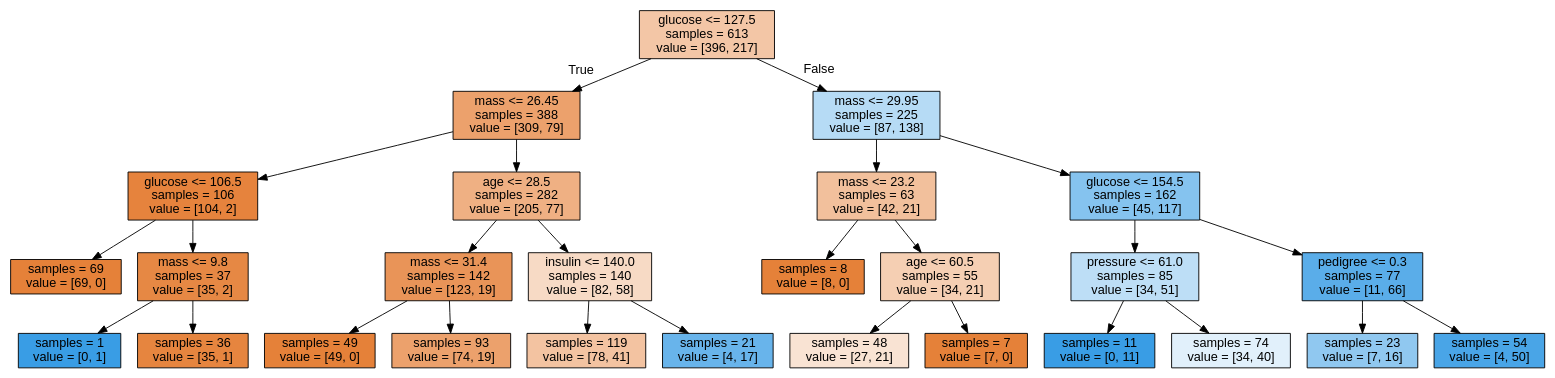
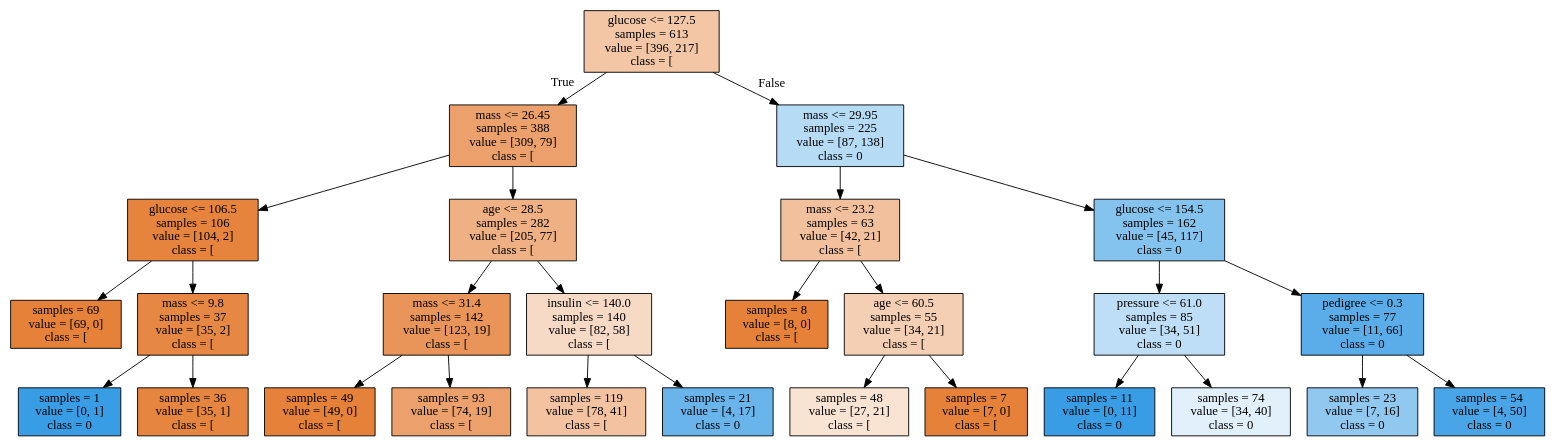
The diagram in Clasificacion Diabetes/tree_refit.dot (hghernandez/MachineLearning), drawn with Graphviz before and after one commit. The commit also changed 2 other files, not shown here.

```diff
--- a/Clasificacion Diabetes/tree_refit.dot
+++ b/Clasificacion Diabetes/tree_refit.dot
@@ -1,57 +1,56 @@
 digraph Tree {
-node [shape=box, style="filled", color="black", fontname="helvetica"] ;
-edge [fontname="helvetica"] ;
-0 [label="glucose <= 127.5\nsamples = 613\nvalue = [396, 217]", fillcolor="#f3c6a6"] ;
-1 [label="mass <= 26.45\nsamples = 388\nvalue = [309, 79]", fillcolor="#eca16c"] ;
+node [shape=box, style="filled", color="black"] ;
+0 [label="glucose <= 127.5\nsamples = 613\nvalue = [396, 217]\nclass = [", fillcolor="#f3c6a6"] ;
+1 [label="mass <= 26.45\nsamples = 388\nvalue = [309, 79]\nclass = [", fillcolor="#eca16c"] ;
 0 -> 1 [labeldistance=2.5, labelangle=45, headlabel="True"] ;
-2 [label="glucose <= 106.5\nsamples = 106\nvalue = [104, 2]", fillcolor="#e6833d"] ;
+2 [label="glucose <= 106.5\nsamples = 106\nvalue = [104, 2]\nclass = [", fillcolor="#e6833d"] ;
 1 -> 2 ;
-3 [label="samples = 69\nvalue = [69, 0]", fillcolor="#e58139"] ;
+3 [label="samples = 69\nvalue = [69, 0]\nclass = [", fillcolor="#e58139"] ;
 2 -> 3 ;
-4 [label="mass <= 9.8\nsamples = 37\nvalue = [35, 2]", fillcolor="#e68844"] ;
+4 [label="mass <= 9.8\nsamples = 37\nvalue = [35, 2]\nclass = [", fillcolor="#e68844"] ;
 2 -> 4 ;
-5 [label="samples = 1\nvalue = [0, 1]", fillcolor="#399de5"] ;
+5 [label="samples = 1\nvalue = [0, 1]\nclass = 0", fillcolor="#399de5"] ;
 4 -> 5 ;
-6 [label="samples = 36\nvalue = [35, 1]", fillcolor="#e6853f"] ;
+6 [label="samples = 36\nvalue = [35, 1]\nclass = [", fillcolor="#e6853f"] ;
 4 -> 6 ;
-7 [label="age <= 28.5\nsamples = 282\nvalue = [205, 77]", fillcolor="#efb083"] ;
+7 [label="age <= 28.5\nsamples = 282\nvalue = [205, 77]\nclass = [", fillcolor="#efb083"] ;
 1 -> 7 ;
-8 [label="mass <= 31.4\nsamples = 142\nvalue = [123, 19]", fillcolor="#e99458"] ;
+8 [label="mass <= 31.4\nsamples = 142\nvalue = [123, 19]\nclass = [", fillcolor="#e99458"] ;
 7 -> 8 ;
-9 [label="samples = 49\nvalue = [49, 0]", fillcolor="#e58139"] ;
+9 [label="samples = 49\nvalue = [49, 0]\nclass = [", fillcolor="#e58139"] ;
 8 -> 9 ;
-10 [label="samples = 93\nvalue = [74, 19]", fillcolor="#eca16c"] ;
+10 [label="samples = 93\nvalue = [74, 19]\nclass = [", fillcolor="#eca16c"] ;
 8 -> 10 ;
-11 [label="insulin <= 140.0\nsamples = 140\nvalue = [82, 58]", fillcolor="#f7dac5"] ;
+11 [label="insulin <= 140.0\nsamples = 140\nvalue = [82, 58]\nclass = [", fillcolor="#f7dac5"] ;
 7 -> 11 ;
-12 [label="samples = 119\nvalue = [78, 41]", fillcolor="#f3c3a1"] ;
+12 [label="samples = 119\nvalue = [78, 41]\nclass = [", fillcolor="#f3c3a1"] ;
 11 -> 12 ;
-13 [label="samples = 21\nvalue = [4, 17]", fillcolor="#68b4eb"] ;
+13 [label="samples = 21\nvalue = [4, 17]\nclass = 0", fillcolor="#68b4eb"] ;
 11 -> 13 ;
-14 [label="mass <= 29.95\nsamples = 225\nvalue = [87, 138]", fillcolor="#b6dbf5"] ;
+14 [label="mass <= 29.95\nsamples = 225\nvalue = [87, 138]\nclass = 0", fillcolor="#b6dbf5"] ;
 0 -> 14 [labeldistance=2.5, labelangle=-45, headlabel="False"] ;
-15 [label="mass <= 23.2\nsamples = 63\nvalue = [42, 21]", fillcolor="#f2c09c"] ;
+15 [label="mass <= 23.2\nsamples = 63\nvalue = [42, 21]\nclass = [", fillcolor="#f2c09c"] ;
 14 -> 15 ;
-16 [label="samples = 8\nvalue = [8, 0]", fillcolor="#e58139"] ;
+16 [label="samples = 8\nvalue = [8, 0]\nclass = [", fillcolor="#e58139"] ;
 15 -> 16 ;
-17 [label="age <= 60.5\nsamples = 55\nvalue = [34, 21]", fillcolor="#f5cfb3"] ;
+17 [label="age <= 60.5\nsamples = 55\nvalue = [34, 21]\nclass = [", fillcolor="#f5cfb3"] ;
 15 -> 17 ;
-18 [label="samples = 48\nvalue = [27, 21]", fillcolor="#f9e3d3"] ;
+18 [label="samples = 48\nvalue = [27, 21]\nclass = [", fillcolor="#f9e3d3"] ;
 17 -> 18 ;
-19 [label="samples = 7\nvalue = [7, 0]", fillcolor="#e58139"] ;
+19 [label="samples = 7\nvalue = [7, 0]\nclass = [", fillcolor="#e58139"] ;
 17 -> 19 ;
-20 [label="glucose <= 154.5\nsamples = 162\nvalue = [45, 117]", fillcolor="#85c3ef"] ;
+20 [label="glucose <= 154.5\nsamples = 162\nvalue = [45, 117]\nclass = 0", fillcolor="#85c3ef"] ;
 14 -> 20 ;
-21 [label="pressure <= 61.0\nsamples = 85\nvalue = [34, 51]", fillcolor="#bddef6"] ;
+21 [label="pressure <= 61.0\nsamples = 85\nvalue = [34, 51]\nclass = 0", fillcolor="#bddef6"] ;
 20 -> 21 ;
-22 [label="samples = 11\nvalue = [0, 11]", fillcolor="#399de5"] ;
+22 [label="samples = 11\nvalue = [0, 11]\nclass = 0", fillcolor="#399de5"] ;
 21 -> 22 ;
-23 [label="samples = 74\nvalue = [34, 40]", fillcolor="#e1f0fb"] ;
+23 [label="samples = 74\nvalue = [34, 40]\nclass = 0", fillcolor="#e1f0fb"] ;
 21 -> 23 ;
-24 [label="pedigree <= 0.3\nsamples = 77\nvalue = [11, 66]", fillcolor="#5aade9"] ;
+24 [label="pedigree <= 0.3\nsamples = 77\nvalue = [11, 66]\nclass = 0", fillcolor="#5aade9"] ;
 20 -> 24 ;
-25 [label="samples = 23\nvalue = [7, 16]", fillcolor="#90c8f0"] ;
+25 [label="samples = 23\nvalue = [7, 16]\nclass = 0", fillcolor="#90c8f0"] ;
 24 -> 25 ;
-26 [label="samples = 54\nvalue = [4, 50]", fillcolor="#49a5e7"] ;
+26 [label="samples = 54\nvalue = [4, 50]\nclass = 0", fillcolor="#49a5e7"] ;
 24 -> 26 ;
 }
```
